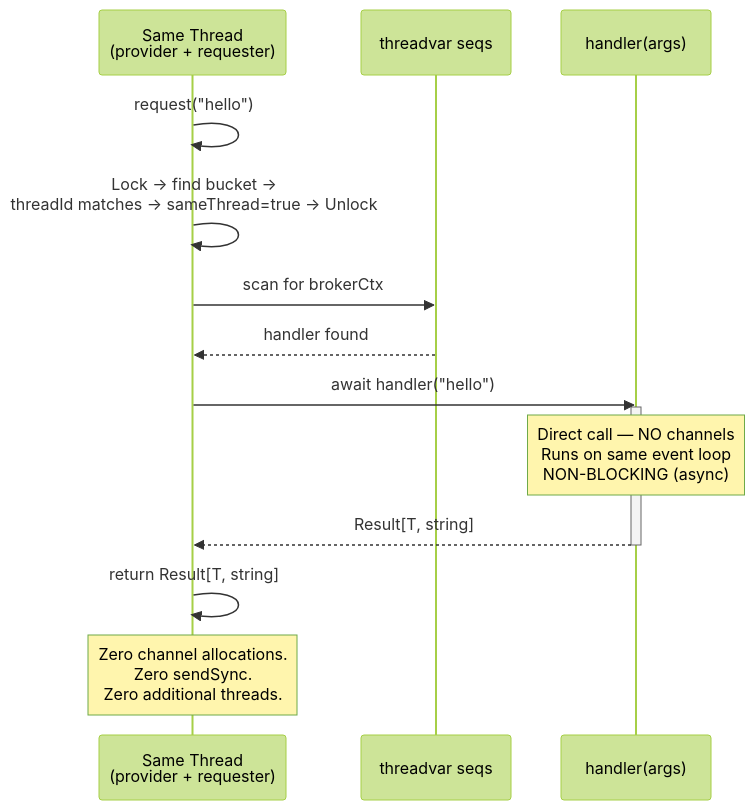
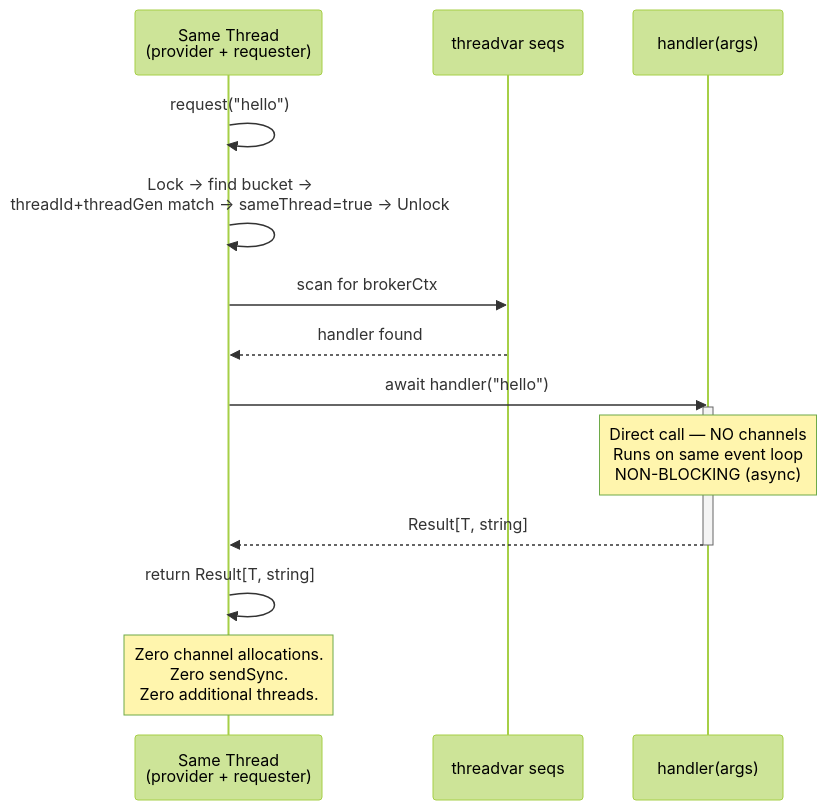
Before and after one commit to NagyZoltanPeter/nim-brokers: the second of 5 diagrams in doc/MultiThread_RequestBroker.md, drawn with Mermaid (forest theme). The commit also changed other lines of this file and 2 other files, not shown here.

````diff
--- a/doc/MultiThread_RequestBroker.md
+++ b/doc/MultiThread_RequestBroker.md
@@ -332,21 +344,21 @@
 ```mermaid
 sequenceDiagram
     participant T as Same Thread<br/>(provider + requester)
     participant TV as threadvar seqs
     participant H as handler(args)
 
     T ->> T: request("hello")
-    T ->> T: Lock → find bucket →<br/>threadId matches → sameThread=true → Unlock
+    T ->> T: Lock → find bucket →<br/>threadId+threadGen match → sameThread=true → Unlock
     T ->> TV: scan for brokerCtx
     TV -->> T: handler found
 
     T ->> H: await handler("hello")
     activate H
     Note over H: Direct call — NO channels<br/>Runs on same event loop<br/>NON-BLOCKING (async)
     H -->> T: Result[T, string]
     deactivate H
 
     T ->> T: return Result[T, string]
 
     Note over T: Zero channel allocations.<br/>Zero sendSync.<br/>Zero additional threads.
 ```
````
